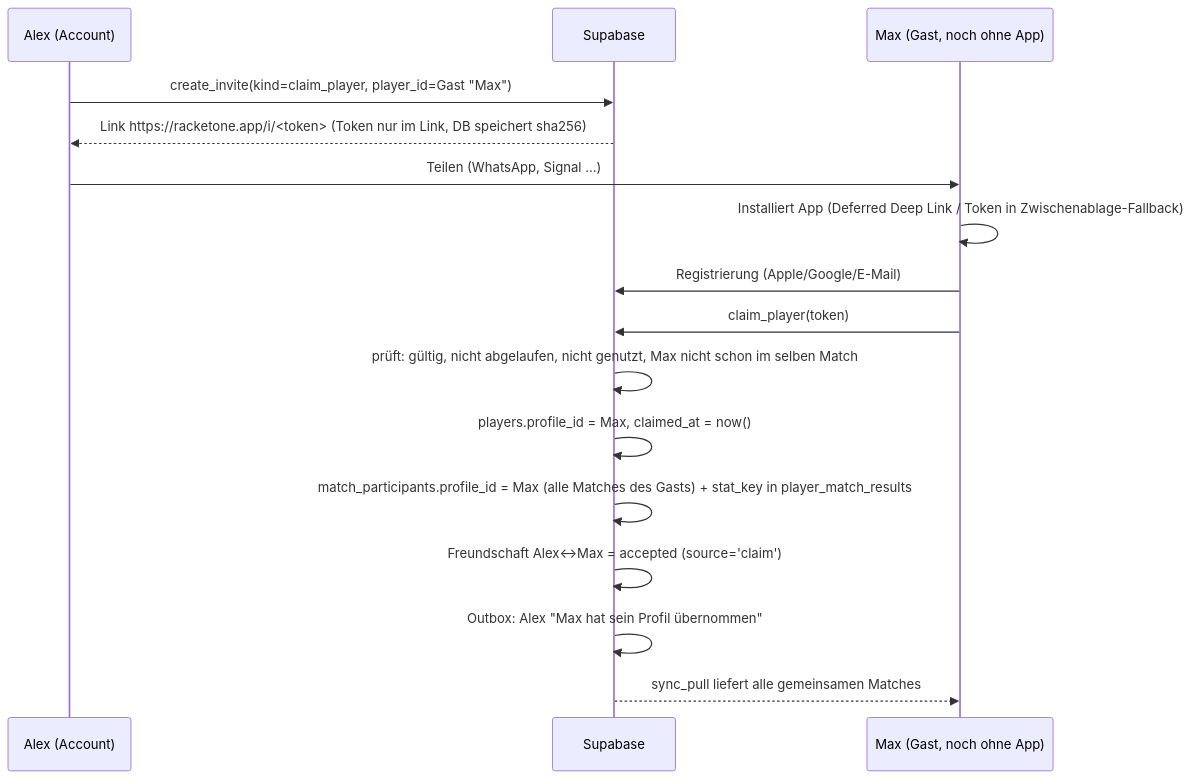
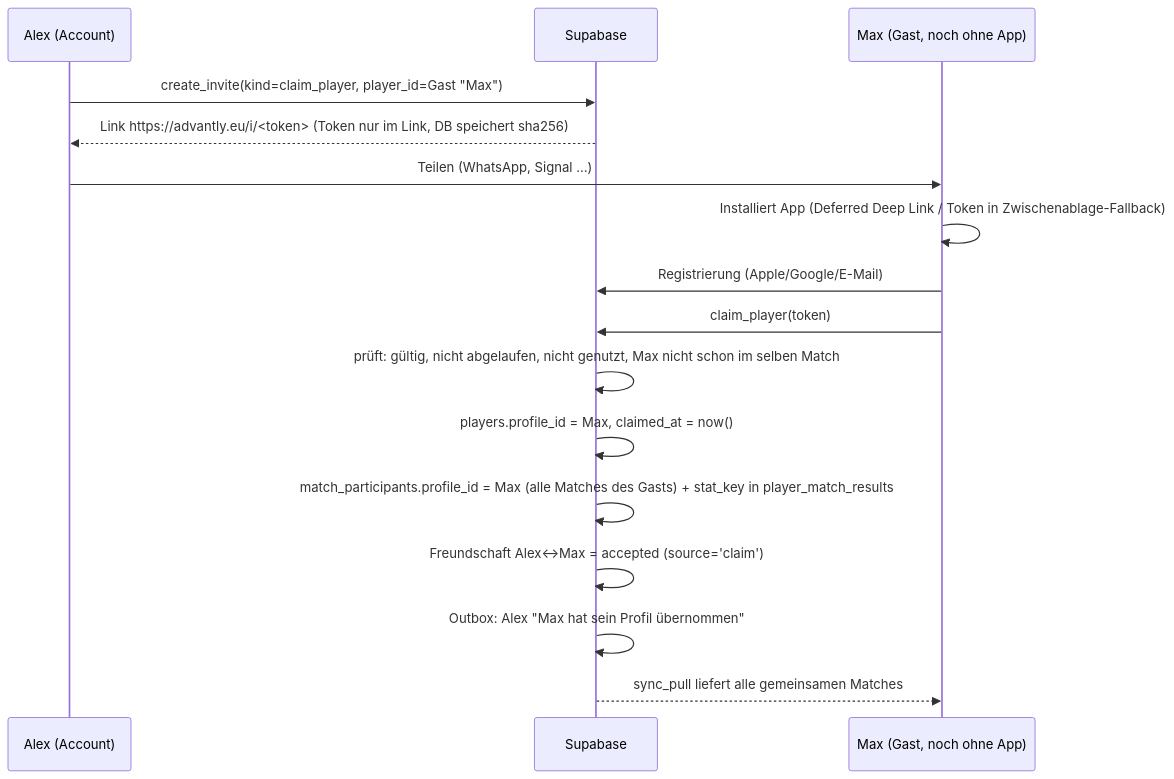
Before and after one commit to thealextd1337-spec/racketone: the fourth of 5 diagrams in docs/03-backend-datenmodell.md, drawn with Mermaid. The commit also changed other lines of this file and 3 other files, not shown here.

````diff
--- a/docs/03-backend-datenmodell.md
+++ b/docs/03-backend-datenmodell.md
@@ -1008,18 +1008,18 @@
 ```mermaid
 sequenceDiagram
   participant A as Alex (Account)
   participant S as Supabase
   participant M as Max (Gast, noch ohne App)
   A->>S: create_invite(kind=claim_player, player_id=Gast "Max")
-  S-->>A: Link https://racketone.app/i/<token> (Token nur im Link, DB speichert sha256)
+  S-->>A: Link https://advantly.eu/i/<token> (Token nur im Link, DB speichert sha256)
   A->>M: Teilen (WhatsApp, Signal …)
   M->>M: Installiert App (Deferred Deep Link / Token in Zwischenablage-Fallback)
   M->>S: Registrierung (Apple/Google/E-Mail)
   M->>S: claim_player(token)
   S->>S: prüft: gültig, nicht abgelaufen, nicht genutzt, Max nicht schon im selben Match
   S->>S: players.profile_id = Max, claimed_at = now()
   S->>S: match_participants.profile_id = Max (alle Matches des Gasts) + stat_key in player_match_results
   S->>S: Freundschaft Alex↔Max = accepted (source='claim')
   S->>S: Outbox: Alex "Max hat sein Profil übernommen"
   S-->>M: sync_pull liefert alle gemeinsamen Matches
 ```
````
